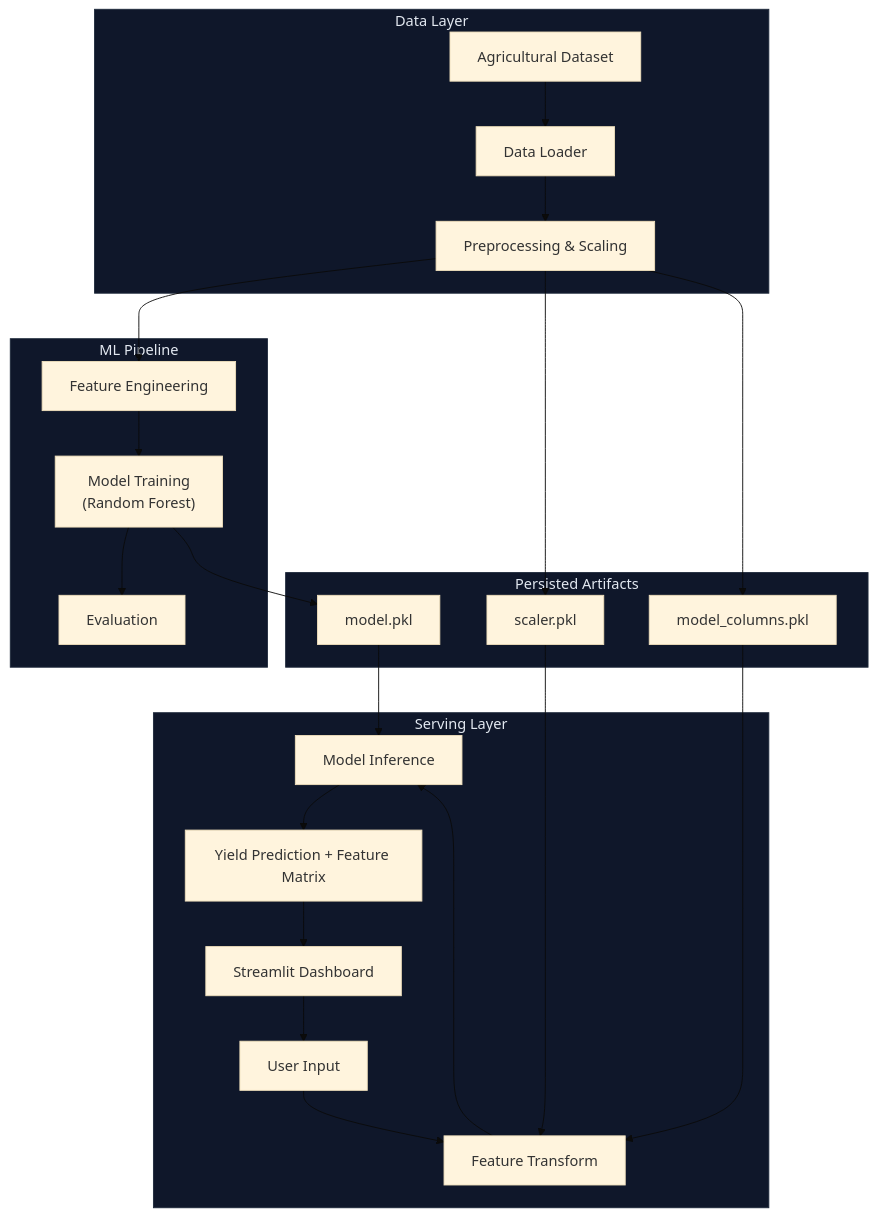
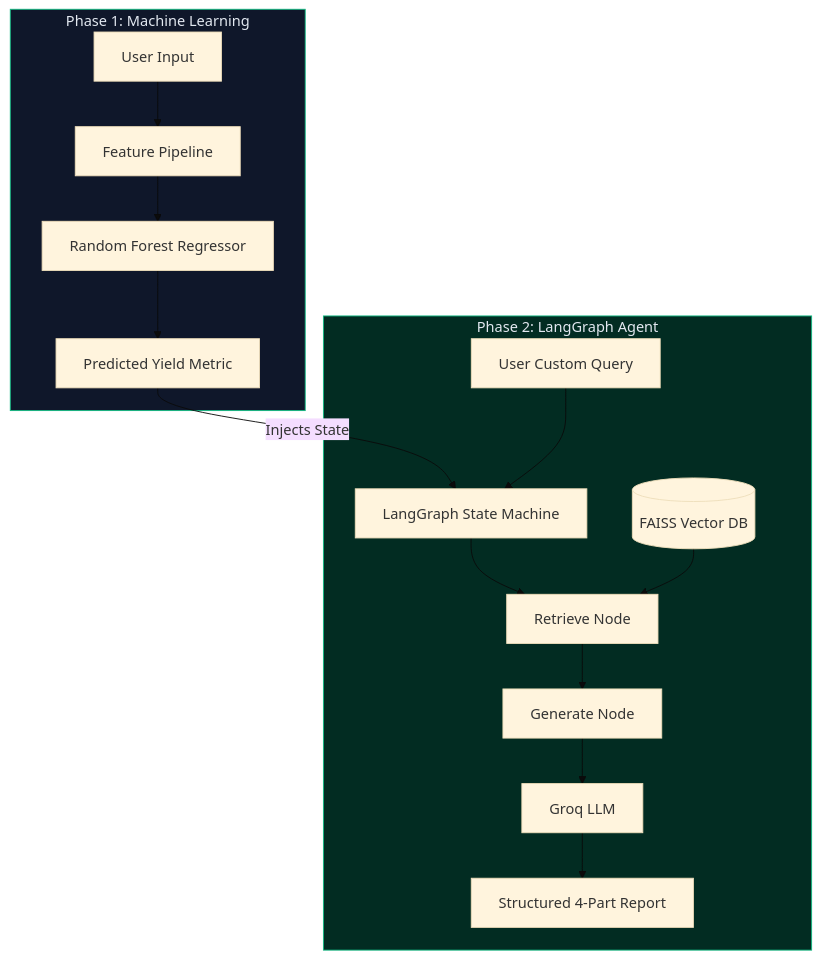
The diagram in README.md (sushantguri/GEN_AI_Capston), drawn with Mermaid (base theme) before and after one commit. The commit also changed other lines of this file and 10 other files, not shown here.

````diff
--- a/README.md
+++ b/README.md
@@ -61,35 +54,24 @@
 ```mermaid
 flowchart TB
-    subgraph DATA["Data Layer"]
-        A[Agricultural Dataset] --> B[Data Loader]
-        B --> C[Preprocessing & Scaling]
+    subgraph PHASE1["Phase 1: Machine Learning"]
+        A[User Input] --> B[Feature Pipeline]
+        B --> C["Random Forest Regressor"]
+        C --> D[Predicted Yield Metric]
     end
 
-    subgraph ML["ML Pipeline"]
-        C --> D[Feature Engineering]
-        D --> E["Model Training<br/>(Random Forest)"]
-        E --> F[Evaluation]
+    subgraph PHASE2["Phase 2: LangGraph Agent"]
+        D -->|Injects State| E[LangGraph State Machine]
+        F[User Custom Query] --> E
+        
+        E --> G[Retrieve Node]
+        H[(FAISS Vector DB)] --> G
+        
+        G --> I[Generate Node]
+        I --> J[Groq LLM]
+        
+        J --> K[Structured 4-Part Report]
     end
 
-    subgraph SERVE["Serving Layer"]
-        H[Streamlit Dashboard] --> I[User Input]
-        I --> J[Feature Transform]
-        J --> K[Model Inference]
-        K --> L[Yield Prediction + Feature Matrix]
-        L --> H
-    end
-
-    subgraph ARTIFACTS["Persisted Artifacts"]
-        E --> M[model.pkl]
-        C --> N[scaler.pkl]
-        C --> O[model_columns.pkl]
-        M --> K
-        N --> J
-        O --> J
-    end
-
-    style DATA fill:#0f172a,stroke:#1e293b,color:#e2e8f0
-    style ML fill:#0f172a,stroke:#1e293b,color:#e2e8f0
-    style SERVE fill:#0f172a,stroke:#1e293b,color:#e2e8f0
-    style ARTIFACTS fill:#0f172a,stroke:#1e293b,color:#e2e8f0
+    style PHASE1 fill:#0f172a,stroke:#10b981,color:#e2e8f0
+    style PHASE2 fill:#022c22,stroke:#10b981,color:#e2e8f0
 ```
````
